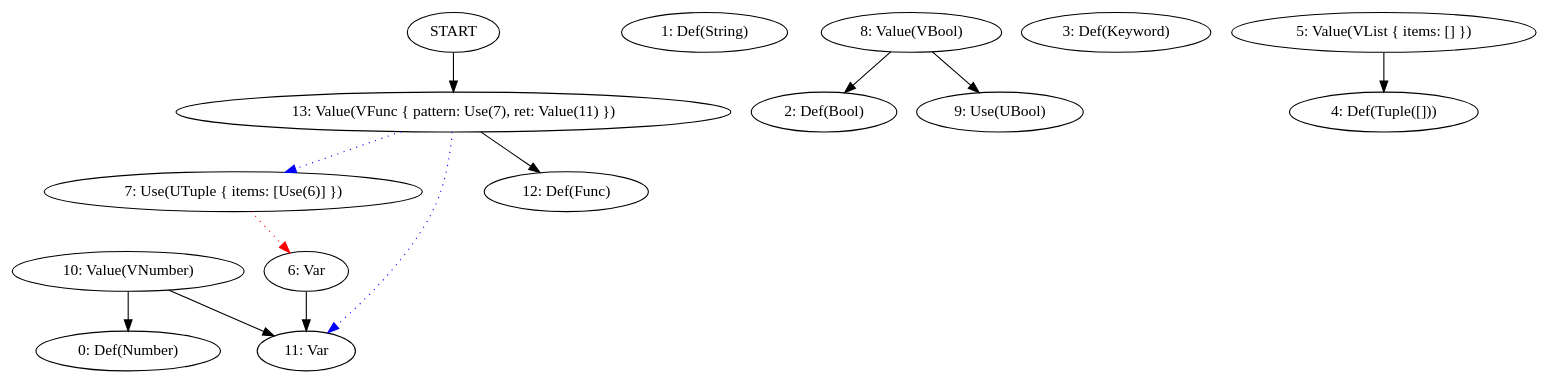
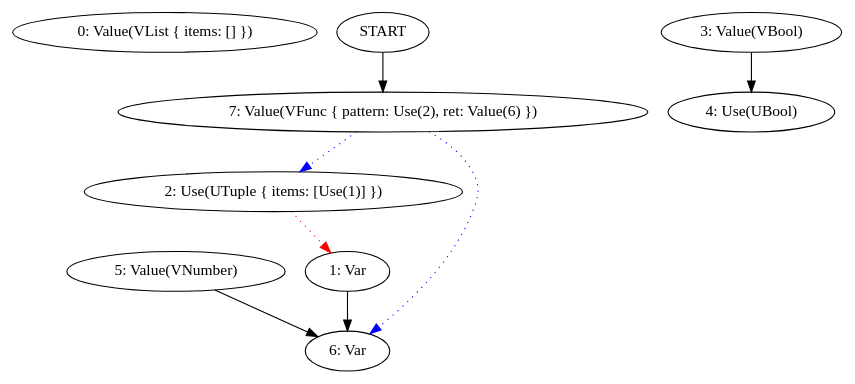
The diagram in docs/log/2025-06-18.md (frondeus/project-s), drawn with Graphviz before and after one commit. The commit also changed other lines of this file and 31 other files, not shown here.

````diff
--- a/docs/log/2025-06-18.md
+++ b/docs/log/2025-06-18.md
@@ -18,30 +18,20 @@
 ```graphviz
 digraph G {
-N0 [label="0: Def(Number)"];
-N1 [label="1: Def(String)"];
-N2 [label="2: Def(Bool)"];
-N3 [label="3: Def(Keyword)"];
-N4 [label="4: Def(Tuple([]))"];
-N5 [label="5: Value(VList { items: [] })"];
+N0 [label="0: Value(VList { items: [] })"];
+N1 [label="1: Var"];
+N2 [label="2: Use(UTuple { items: [Use(1)] })"];
+N3 [label="3: Value(VBool)"];
+N4 [label="4: Use(UBool)"];
+N5 [label="5: Value(VNumber)"];
 N6 [label="6: Var"];
-N7 [label="7: Use(UTuple { items: [Use(6)] })"];
-N8 [label="8: Value(VBool)"];
-N9 [label="9: Use(UBool)"];
-N10 [label="10: Value(VNumber)"];
-N11 [label="11: Var"];
-N12 [label="12: Def(Func)"];
-N13 [label="13: Value(VFunc { pattern: Use(7), ret: Value(11) })"];
-START -> N13
-N7 -> N6 [color=red, style=dotted];
-N13 -> N7 [color=blue, style=dotted];
-N13 -> N11 [color=blue, style=dotted];
-N5 -> N4;
-N6 -> N11;
-N8 -> N2;
-N8 -> N9;
-N10 -> N0;
-N10 -> N11;
-N13 -> N12;
+N7 [label="7: Value(VFunc { pattern: Use(2), ret: Value(6) })"];
+START -> N7
+N2 -> N1 [color=red, style=dotted];
+N7 -> N2 [color=blue, style=dotted];
+N7 -> N6 [color=blue, style=dotted];
+N1 -> N6;
+N3 -> N4;
+N5 -> N6;
 }
 
 ```
````
